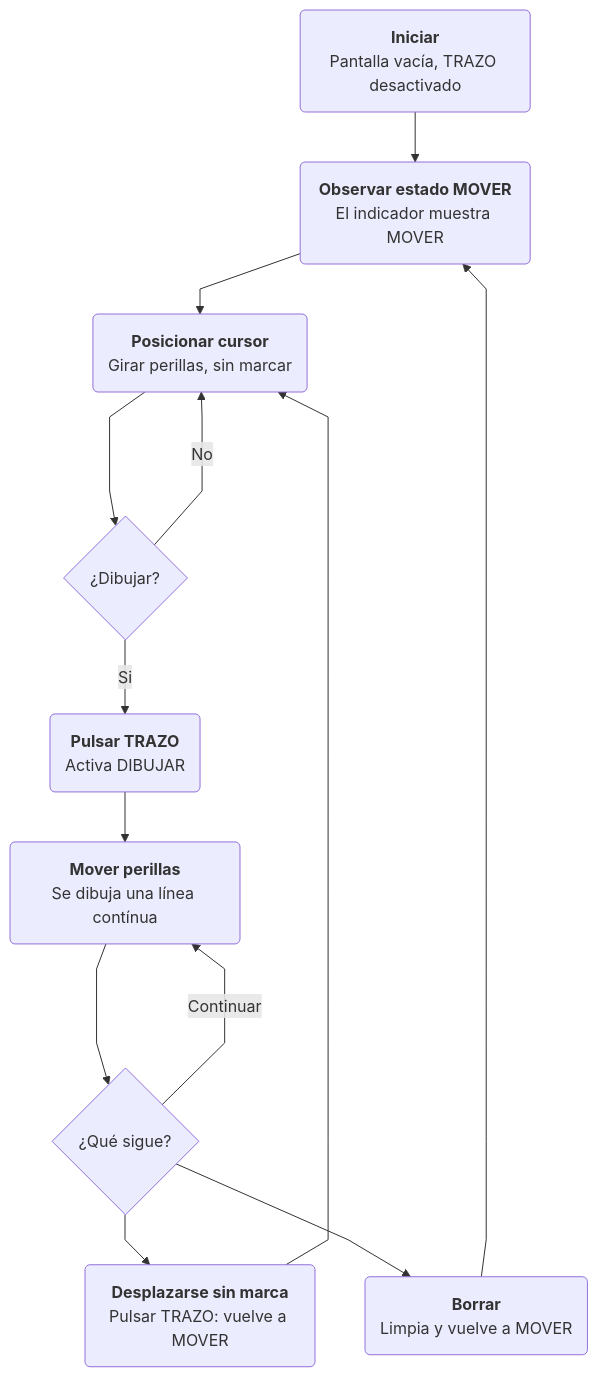
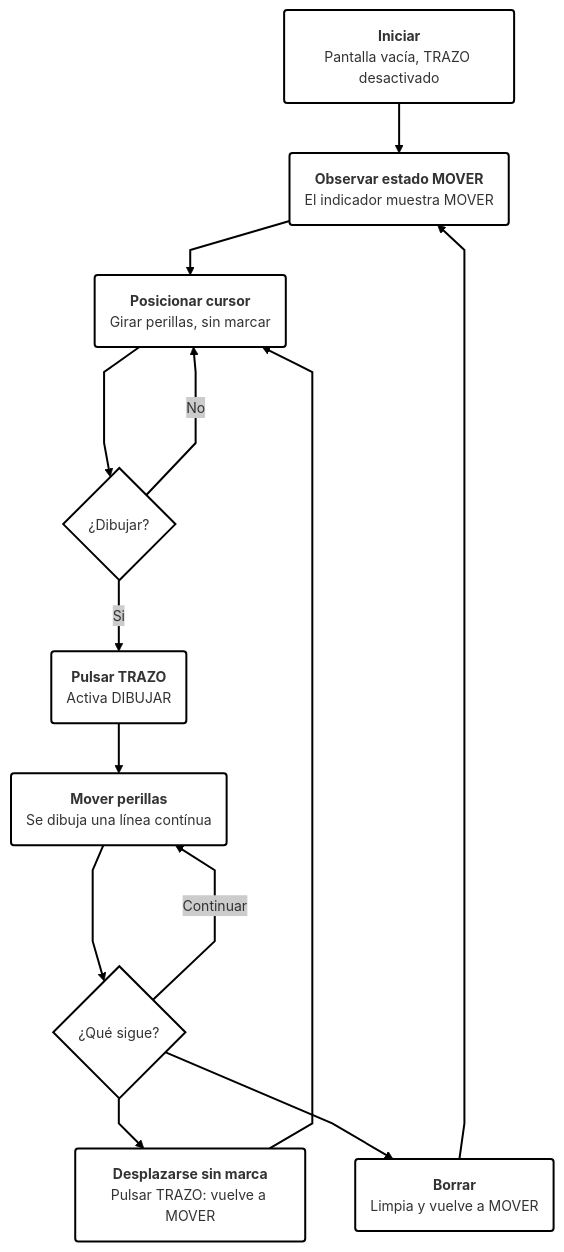
Before and after one commit to Anaisbmg/dis8645-2026-2-procesos-2: the second of 3 diagrams in 22-sz-mada/sesion-11a/README.md, drawn with Mermaid. The commit also changed other lines of this file, not shown here.

Commit message:
Change Mermaid theme settings in README.md
Updated the Mermaid diagram themes in the README file.

````diff
--- a/22-sz-mada/sesion-11a/README.md
+++ b/22-sz-mada/sesion-11a/README.md
@@ -37,21 +37,21 @@
 ```mermaid
-%%{ init : { "theme" : "default", "flowchart" : { "curve" : "linear" }}}%%
+%%{ init : { "theme" : "neo", "flowchart" : { "curve" : "linear" }}}%%
 %%                                ^^^^^^^^^^^^^^^^^^^^^^^^^^^^^^^^^^^^
 
 flowchart TD
 
 %%==============================================================================
 
 A(<b>Iniciar</b>\nPantalla vacía, TRAZO desactivado)-->B(<b>Observar estado MOVER</b>\nEl indicador muestra MOVER);
 B-->C(<b>Posicionar cursor</b>\nGirar perillas, sin marcar);
 C-->D{¿Dibujar?};
 D-->|Si|E(<b>Pulsar TRAZO</b>\n Activa DIBUJAR);
 E-->F(<b>Mover perillas</b>\nSe dibuja una línea contínua);
 F-->G{¿Qué sigue?};
 G-->H(<b>Desplazarse sin marca</b>\nPulsar TRAZO: vuelve a MOVER);
 D--->|No|C;
 H-->C;
 G--->|Continuar|F;
 G-->I(<b>Borrar</b>\nLimpia y vuelve a MOVER);
 I-->B;
 ```
````
